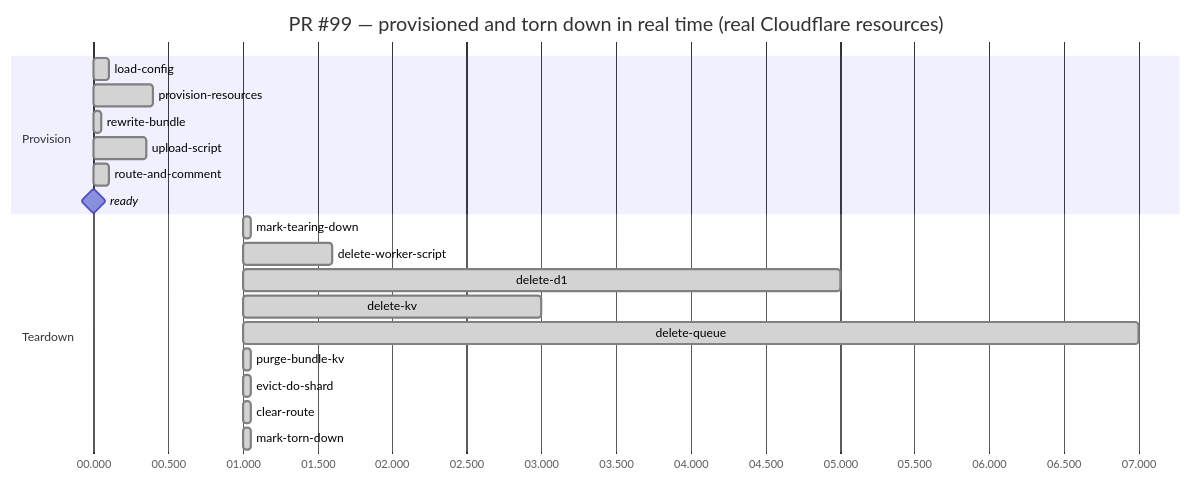
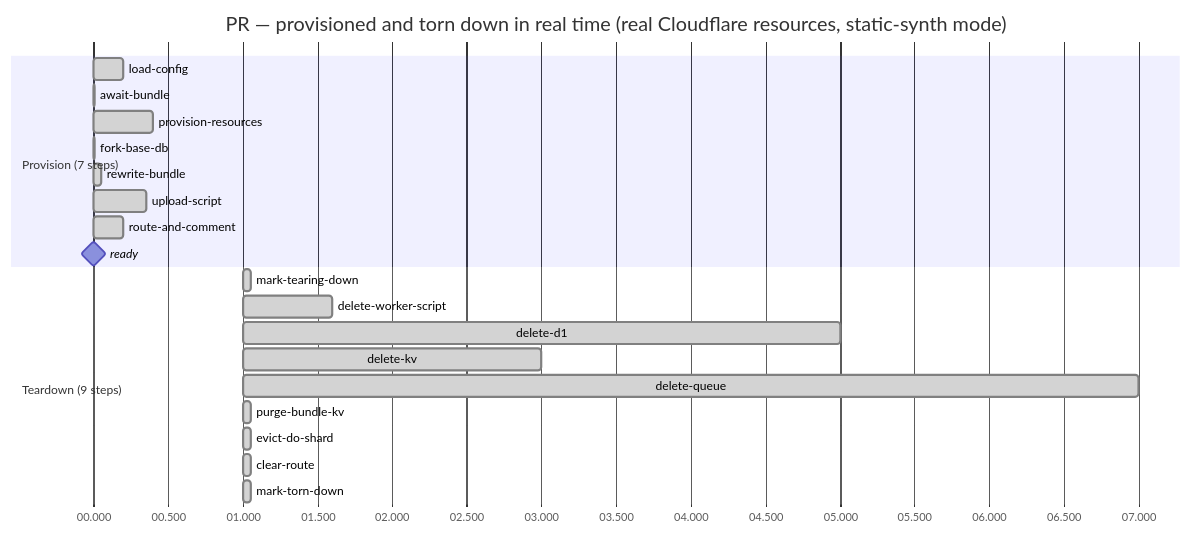
The third of 3 diagrams in SUBMISSION.md (Adi-gitX/Rift), drawn with Mermaid before and after one commit. The commit also changed other lines of this file, not shown here.

````diff
--- a/SUBMISSION.md
+++ b/SUBMISSION.md
@@ -152,25 +176,27 @@
 ```mermaid
 gantt
-  title PR #99 — provisioned and torn down in real time (real Cloudflare resources)
+  title PR — provisioned and torn down in real time (real Cloudflare resources, static-synth mode)
   dateFormat HH:mm:ss
   axisFormat %S.%L
 
-  section Provision
-  load-config              :done, 00:00:00, 100ms
+  section Provision (7 steps)
+  load-config              :done, 00:00:00, 200ms
+  await-bundle             :done, 00:00:00, 10ms
   provision-resources      :done, 00:00:00, 400ms
+  fork-base-db             :done, 00:00:00, 10ms
   rewrite-bundle           :done, 00:00:00, 50ms
   upload-script            :done, 00:00:00, 350ms
-  route-and-comment        :done, 00:00:00, 100ms
+  route-and-comment        :done, 00:00:00, 200ms
   ready                    :milestone, after route-and-comment, 0s
 
-  section Teardown
+  section Teardown (9 steps)
   mark-tearing-down        :done, 00:00:01, 50ms
   delete-worker-script     :done, 00:00:01, 600ms
   delete-d1                :done, 00:00:01, 4s
   delete-kv                :done, 00:00:01, 2s
   delete-queue             :done, 00:00:01, 6s
   purge-bundle-kv          :done, 00:00:01, 50ms
   evict-do-shard           :done, 00:00:01, 50ms
   clear-route              :done, 00:00:01, 50ms
   mark-torn-down           :done, 00:00:01, 50ms
 ```
````
